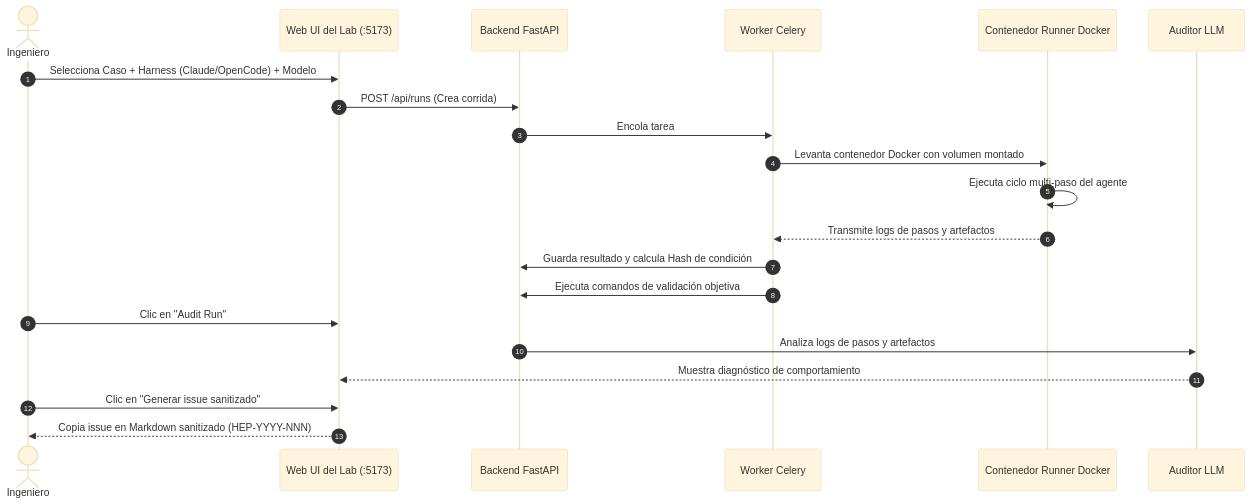
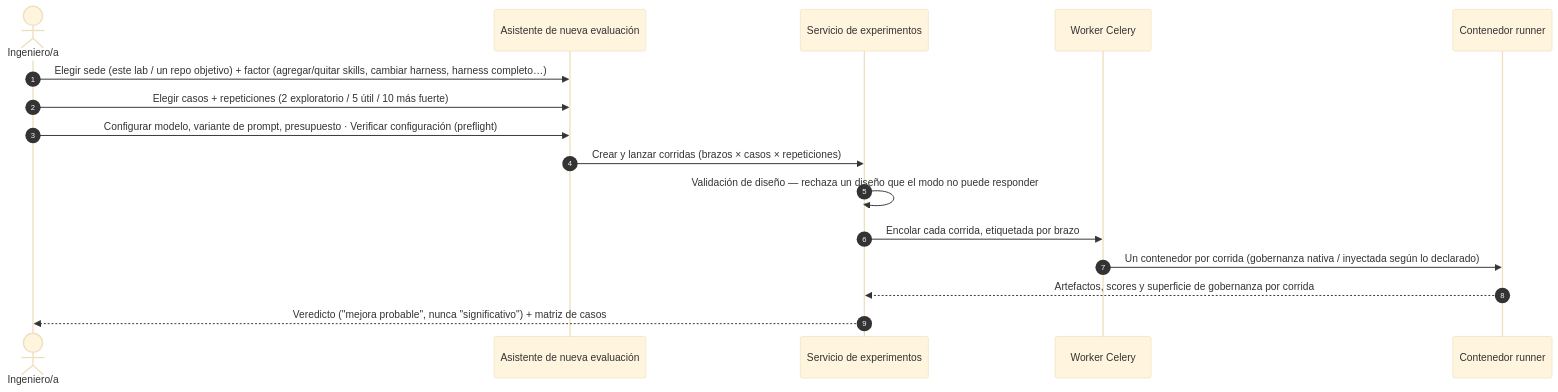
The first of 3 diagrams in docs/es/reference-implementation/ai-agentic-harness-lab/evaluation-workflow.md (marcosdh1987/harness-engineering-guide), drawn with Mermaid (base theme) before and after one commit. The commit also changed other lines of this file and 18 other files, not shown here.

````diff
--- a/docs/es/reference-implementation/ai-agentic-harness-lab/evaluation-workflow.md
+++ b/docs/es/reference-implementation/ai-agentic-harness-lab/evaluation-workflow.md
@@ -9,24 +11,19 @@
 ```mermaid
 sequenceDiagram
     autonumber
-    actor User as Ingeniero
-    participant UI as Web UI del Lab (:5173)
-    participant API as Backend FastAPI
+    actor User as Ingeniero/a
+    participant UI as Asistente de nueva evaluación
+    participant API as Servicio de experimentos
     participant Worker as Worker Celery
-    participant Runner as Contenedor Runner Docker
-    participant LLM as Auditor LLM
+    participant Runner as Contenedor runner
 
-    User->>UI: Selecciona Caso + Harness (Claude/OpenCode) + Modelo
-    UI->>API: POST /api/runs (Crea corrida)
-    API->>Worker: Encola tarea
-    Worker->>Runner: Levanta contenedor Docker con volumen montado
-    Runner->>Runner: Ejecuta ciclo multi-paso del agente
-    Runner-->>Worker: Transmite logs de pasos y artefactos
-    Worker->>API: Guarda resultado y calcula Hash de condición
-    Worker->>API: Ejecuta comandos de validación objetiva
-    User->>UI: Clic en "Audit Run"
-    API->>LLM: Analiza logs de pasos y artefactos
-    LLM-->>UI: Muestra diagnóstico de comportamiento
-    User->>UI: Clic en "Generar issue sanitizado"
-    UI-->>User: Copia issue en Markdown sanitizado (HEP-YYYY-NNN)
+    User->>UI: Elegir sede (este lab / un repo objetivo) + factor (agregar/quitar skills, cambiar harness, harness completo…)
+    User->>UI: Elegir casos + repeticiones (2 exploratorio / 5 útil / 10 más fuerte)
+    User->>UI: Configurar modelo, variante de prompt, presupuesto · Verificar configuración (preflight)
+    UI->>API: Crear y lanzar corridas (brazos × casos × repeticiones)
+    API->>API: Validación de diseño — rechaza un diseño que el modo no puede responder
+    API->>Worker: Encolar cada corrida, etiquetada por brazo
+    Worker->>Runner: Un contenedor por corrida (gobernanza nativa / inyectada según lo declarado)
+    Runner-->>API: Artefactos, scores y superficie de gobernanza por corrida
+    API-->>User: Veredicto ("mejora probable", nunca "significativo") + matriz de casos
 ```
````
